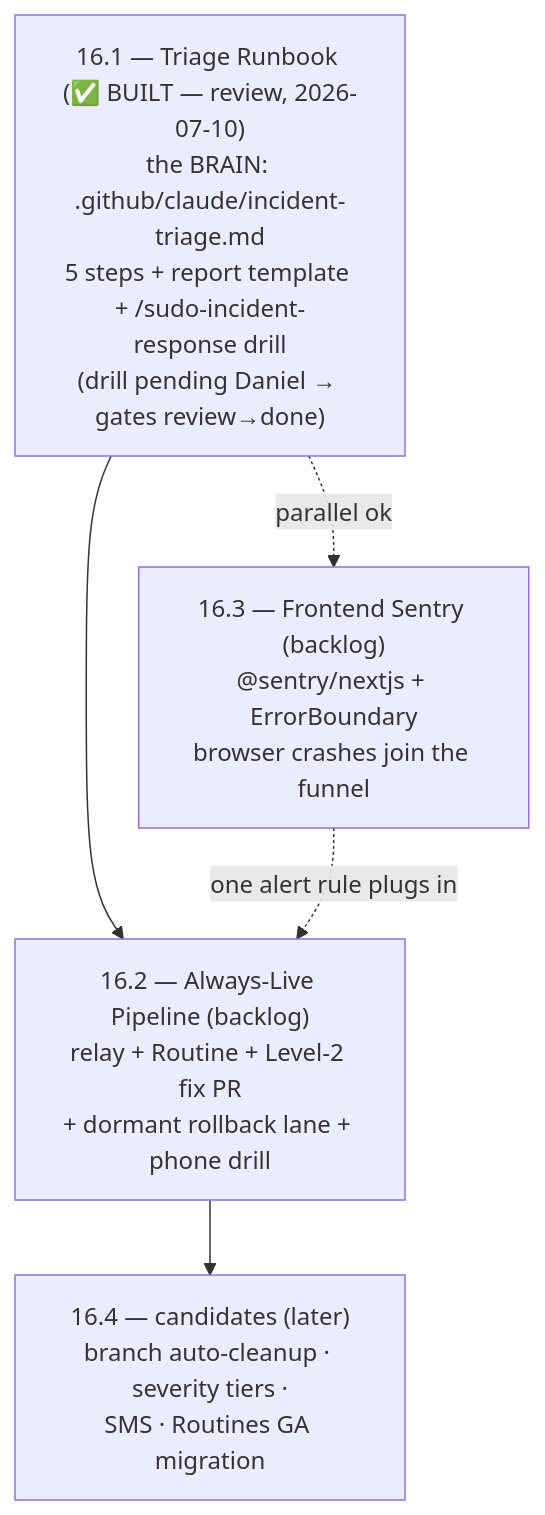
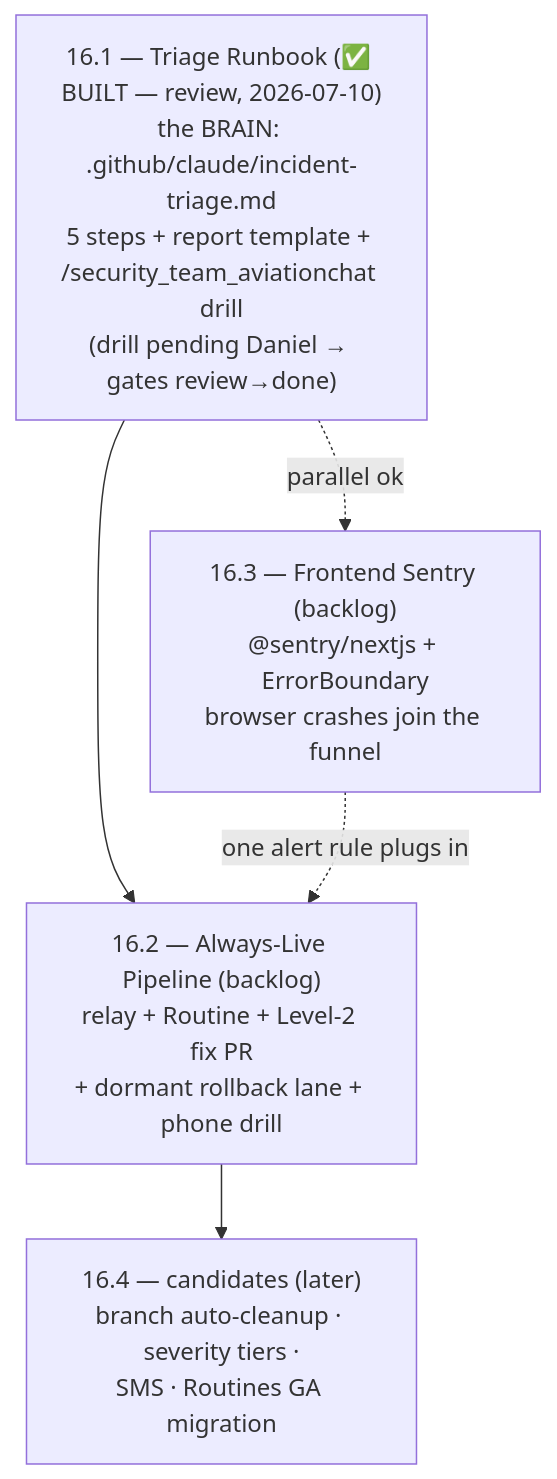
One commit to sudomadhatter/Sudo_Hatter_Command changed the fourth of 4 diagrams in _my_resources/diagrams_guides/security/sentry_error_response_team.md. Above: the diagram before and after it, drawn with Mermaid. The commit also changed other lines of this file and 51 other files, not shown here.

````diff
--- a/_my_resources/diagrams_guides/security/sentry_error_response_team.md
+++ b/_my_resources/diagrams_guides/security/sentry_error_response_team.md
@@ -145,11 +145,11 @@
 ```mermaid
 flowchart TD
-    S1["16.1 — Triage Runbook (✅ BUILT — review, 2026-07-10)<br/>the BRAIN: .github/claude/incident-triage.md<br/>5 steps + report template + /sudo-incident-response drill<br/>(drill pending Daniel → gates review→done)"]
+    S1["16.1 — Triage Runbook (✅ BUILT — review, 2026-07-10)<br/>the BRAIN: .github/claude/incident-triage.md<br/>5 steps + report template + /security_team_aviationchat drill<br/>(drill pending Daniel → gates review→done)"]
     S2["16.2 — Always-Live Pipeline (backlog)<br/>relay + Routine + Level-2 fix PR<br/>+ dormant rollback lane + phone drill"]
     S3["16.3 — Frontend Sentry (backlog)<br/>@sentry/nextjs + ErrorBoundary<br/>browser crashes join the funnel"]
     S4["16.4 — candidates (later)<br/>branch auto-cleanup · severity tiers ·<br/>SMS · Routines GA migration"]
 
     S1 --> S2 --> S4
     S1 -.parallel ok.-> S3
     S3 -.one alert rule plugs in.-> S2
 ```
````
